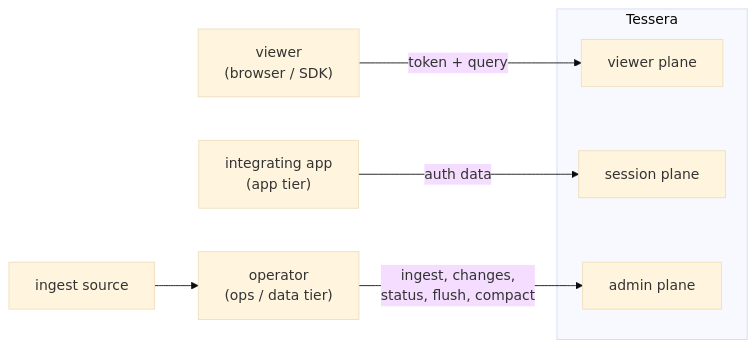
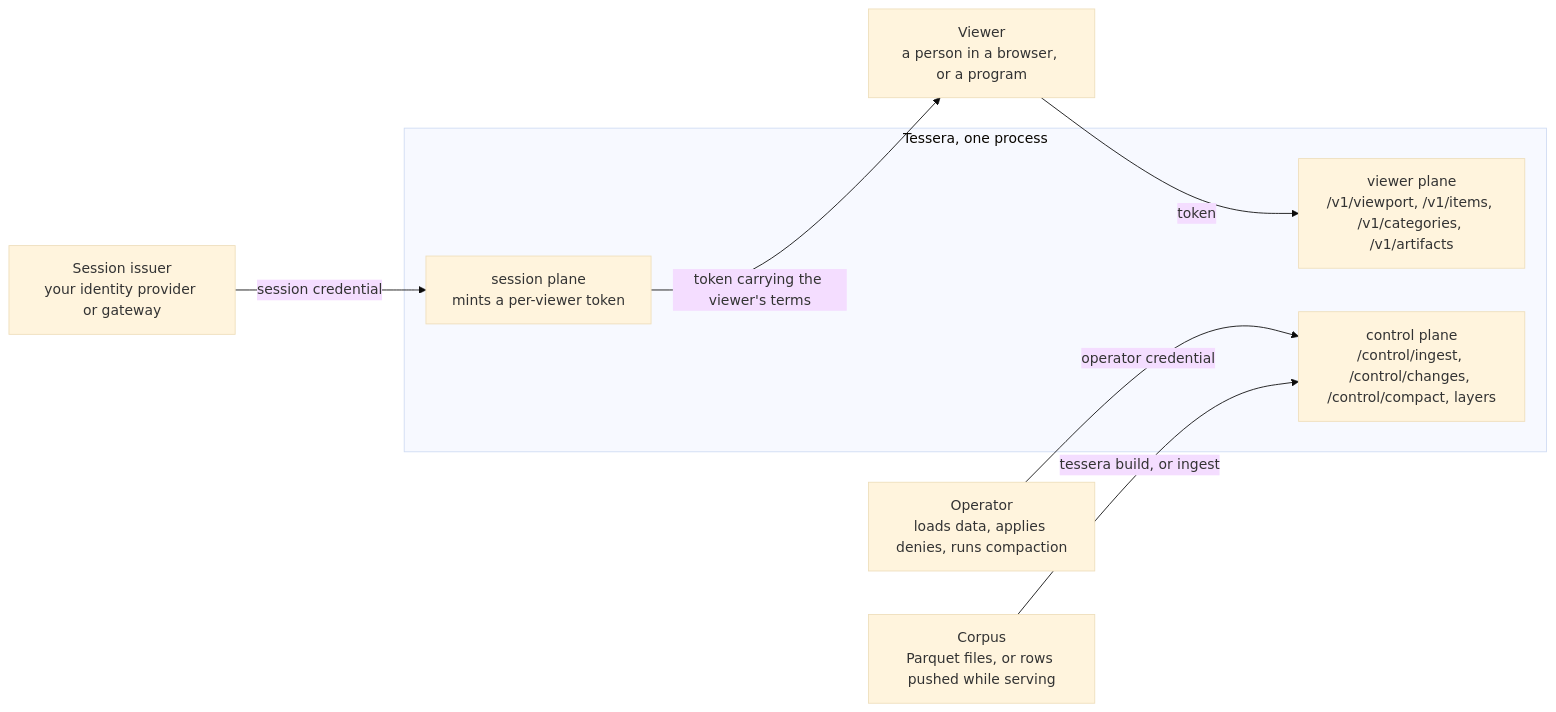
One commit to jennis0/tesseradb changed the third of 4 diagrams in docs/system/overview.md. Above: the diagram before and after it, drawn with Mermaid (base theme). The commit also changed other lines of this file, not shown here.

Commit message:
docs(system): overview leads with the map at scale; control plane named as served; diagrams redrawn

````diff
--- a/docs/system/overview.md
+++ b/docs/system/overview.md
@@ -197,16 +211,19 @@
 ```mermaid
 flowchart LR
-    viewer["viewer<br/>(browser / SDK)"]
-    app["integrating app<br/>(app tier)"]
-    op["operator<br/>(ops / data tier)"]
-    ingest["ingest source"]
-    subgraph T["Tessera"]
-        vp["viewer plane"]
-        sp["session plane"]
-        ap["admin plane"]
-    end
-    viewer -->|"token + query"| vp
-    app -->|"auth data"| sp
-    op -->|"ingest, changes,<br/>status, flush, compact"| ap
-    ingest --> op
+  viewer["Viewer<br/>a person in a browser, or a program"]
+  session["Session issuer<br/>your identity provider or gateway"]
+  operator["Operator<br/>loads data, applies denies, runs compaction"]
+  source["Corpus<br/>Parquet files, or rows pushed while serving"]
+
+  subgraph tessera["Tessera, one process"]
+    vp["viewer plane<br/>/v1/viewport, /v1/items, /v1/categories, /v1/artifacts"]
+    sp["session plane<br/>mints a per-viewer token"]
+    cp["control plane<br/>/control/ingest, /control/changes, /control/compact, layers"]
+  end
+
+  session -- "session credential" --> sp
+  sp -- "token carrying the viewer's terms" --> viewer
+  viewer -- "token" --> vp
+  operator -- "operator credential" --> cp
+  source -- "tessera build, or ingest" --> cp
 ```
````
